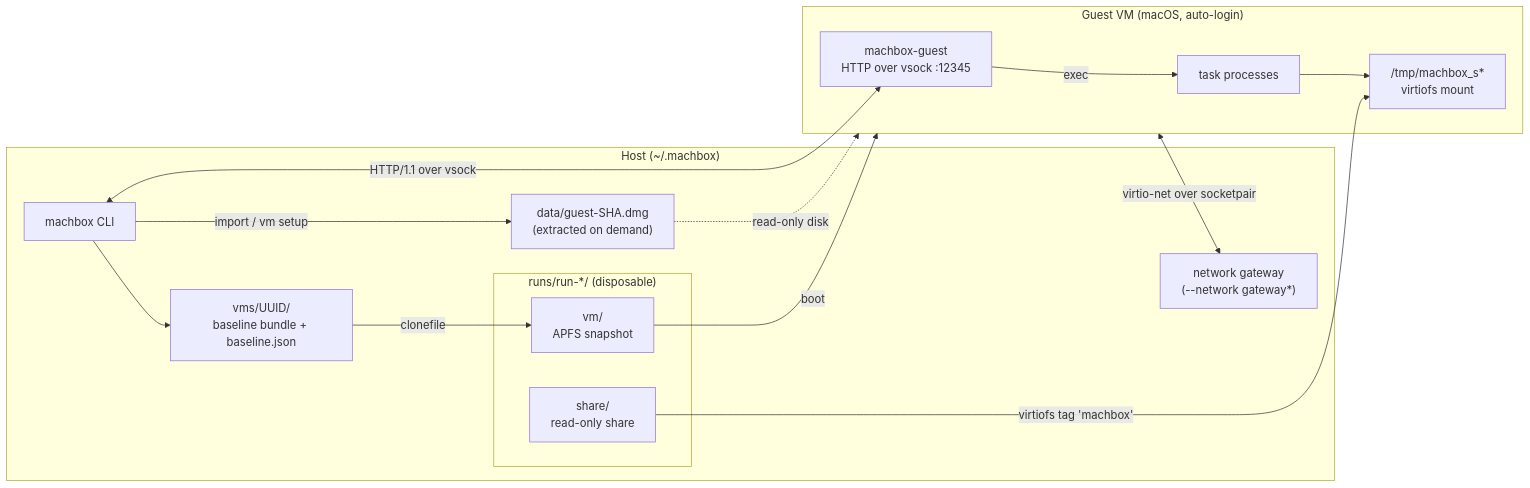
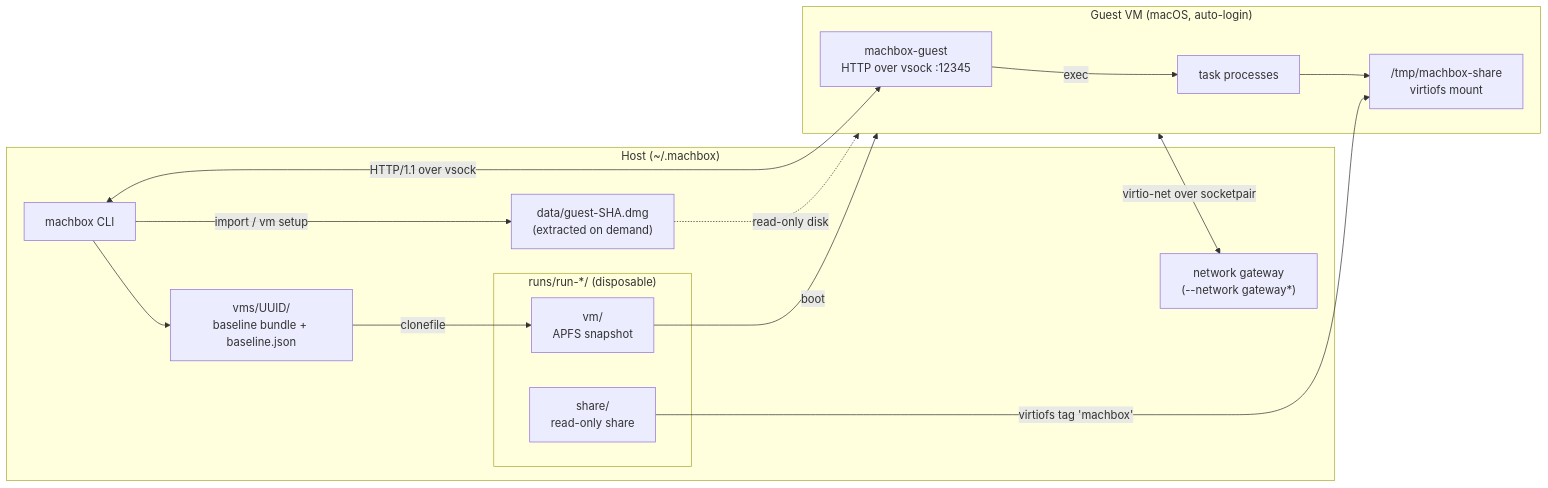
Before and after one commit to ac0d3r/machbox: the diagram in docs/architecture.md, drawn with Mermaid. The commit also changed 3 other files, not shown here.

````diff
--- a/docs/architecture.md
+++ b/docs/architecture.md
@@ -11,30 +11,30 @@
 ```mermaid
 flowchart LR
     subgraph Host["Host (~/.machbox)"]
         CLI["machbox CLI"]
         GuestDMG["data/guest-SHA.dmg<br>(extracted on demand)"]
         Baseline["vms/UUID/<br>baseline bundle + baseline.json"]
         subgraph Run["runs/run-*/ (disposable)"]
             Snap["vm/<br>APFS snapshot"]
             Share["share/<br>read-only share"]
         end
         Gateway["network gateway<br>(--network gateway*)"]
     end
 
     subgraph Guest["Guest VM (macOS, auto-login)"]
         Agent["machbox-guest<br>HTTP over vsock :12345"]
         Proc["task processes"]
-        Mount["/tmp/machbox_s*<br>virtiofs mount"]
+        Mount["/tmp/machbox-share<br>virtiofs mount"]
     end
 
     CLI --> Baseline
     CLI -->|import / vm setup| GuestDMG
     GuestDMG -.->|read-only disk| Guest
     Baseline -->|clonefile| Snap
     Snap -->|boot| Guest
     Share -->|virtiofs tag 'machbox'| Mount
     CLI <-->|HTTP/1.1 over vsock| Agent
     Guest <-->|virtio-net over socketpair| Gateway
     Agent -->|exec| Proc
     Proc --> Mount
 ```
````
